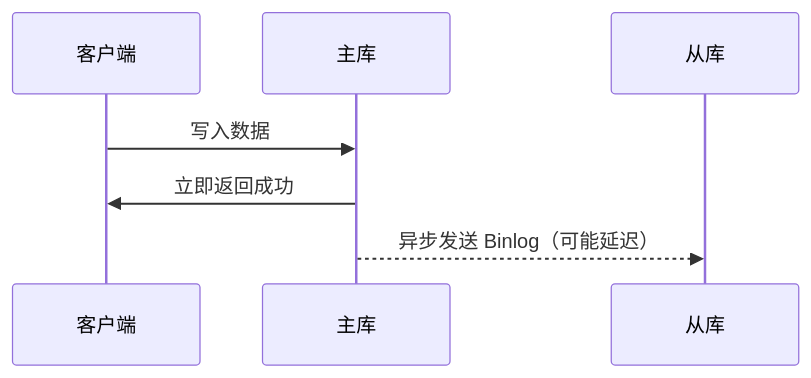
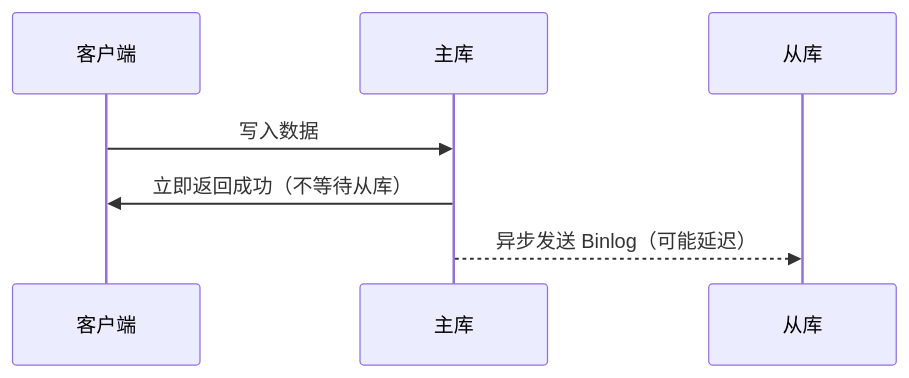
Before and after one commit to b1tzer/b1tzer.github.io: the third of 7 diagrams in docs/03-mysql/07-Binlog与主从复制.md, drawn with Mermaid. The commit also changed other lines of this file and 13 other files, not shown here.

Commit message:
feat: 增补多文档图示与踩坑案例，优化结构与表述

````diff
--- a/docs/03-mysql/07-Binlog与主从复制.md
+++ b/docs/03-mysql/07-Binlog与主从复制.md
@@ -175,10 +406,10 @@
 ```mermaid
 sequenceDiagram
     participant C as 客户端
     participant M as 主库
     participant S as 从库
 
     C->>M: 写入数据
-    M->>C: 立即返回成功
+    M->>C: 立即返回成功（不等待从库）
     M-->>S: 异步发送 Binlog（可能延迟）
 ```
````
